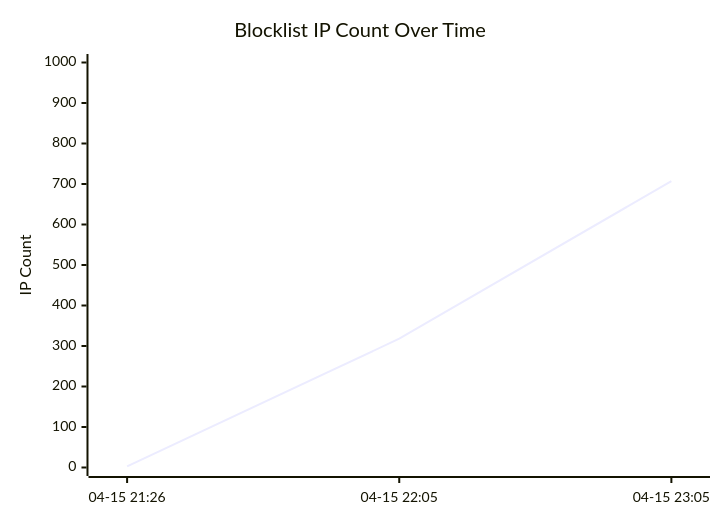
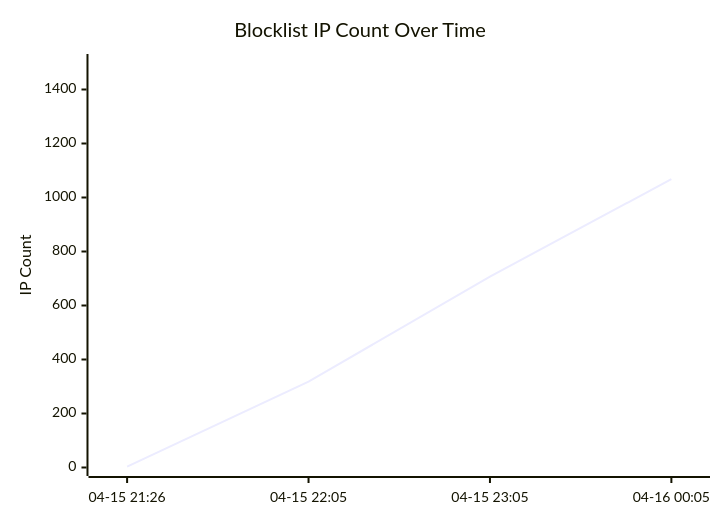
Before and after one commit to cercatrova21/blocklist: the diagram in README.md, drawn with Mermaid. The commit also changed other lines of this file and 2 other files, not shown here.

Commit message:
Update blocklist – 2026-04-16 00:05

````diff
--- a/README.md
+++ b/README.md
@@ -115,7 +115,7 @@
 ```mermaid
 xychart-beta
     title "Blocklist IP Count Over Time"
-    x-axis ["04-15 21:26", "04-15 22:05", "04-15 23:05"]
-    y-axis "IP Count" 0 --> 1000
-    line [3, 318, 707]
+    x-axis ["04-15 21:26", "04-15 22:05", "04-15 23:05", "04-16 00:05"]
+    y-axis "IP Count" 0 --> 1500
+    line [3, 318, 707, 1068]
 ```
````
